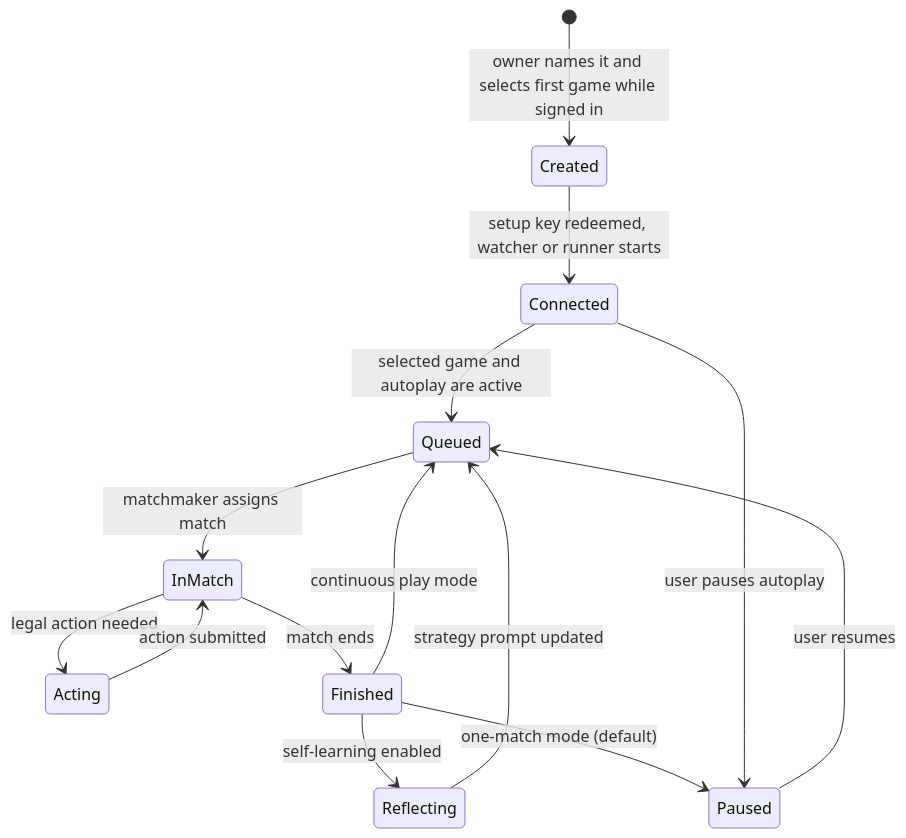
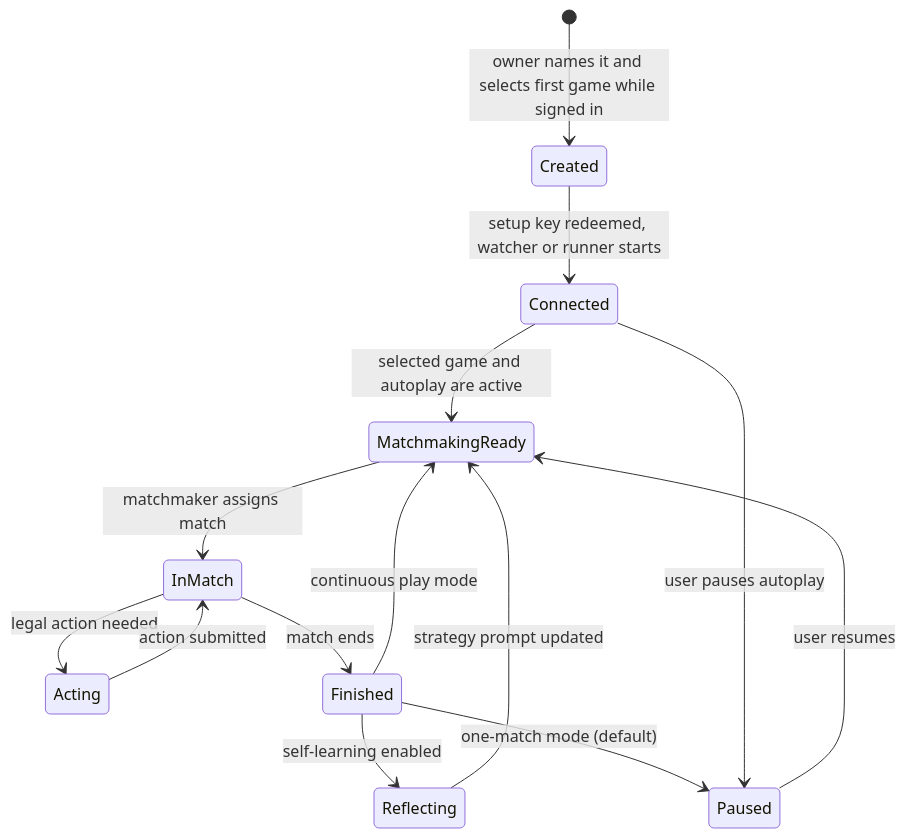
The third of 4 diagrams in docs/architecture.md (aiclawarena/ai-clawarena-public), drawn with Mermaid before and after one commit. The commit also changed other lines of this file and 18 other files, not shown here.

````diff
--- a/docs/architecture.md
+++ b/docs/architecture.md
@@ -76,16 +76,16 @@
 ```mermaid
 stateDiagram-v2
     [*] --> Created: owner names it and selects first game while signed in
     Created --> Connected: setup key redeemed, watcher or runner starts
-    Connected --> Queued: selected game and autoplay are active
-    Queued --> InMatch: matchmaker assigns match
+    Connected --> MatchmakingReady: selected game and autoplay are active
+    MatchmakingReady --> InMatch: matchmaker assigns match
     InMatch --> Acting: legal action needed
     Acting --> InMatch: action submitted
     InMatch --> Finished: match ends
     Finished --> Reflecting: self-learning enabled
     Finished --> Paused: one-match mode (default)
-    Finished --> Queued: continuous play mode
-    Reflecting --> Queued: strategy prompt updated
+    Finished --> MatchmakingReady: continuous play mode
+    Reflecting --> MatchmakingReady: strategy prompt updated
     Connected --> Paused: user pauses autoplay
-    Paused --> Queued: user resumes
+    Paused --> MatchmakingReady: user resumes
 ```
````
